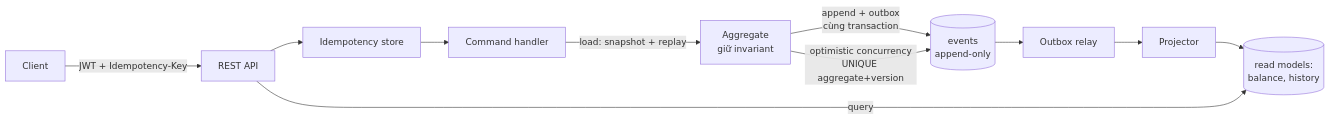
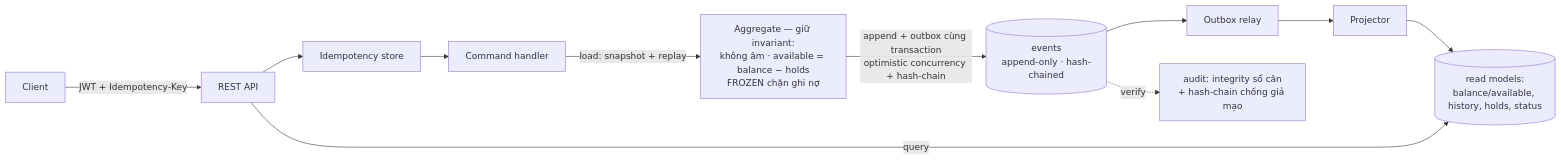
One commit to ToanTran0706003/ledger changed the first of 2 diagrams in README.md. Above: the diagram before and after it, drawn with Mermaid. The commit also changed other lines of this file, not shown here.

First line of the commit message:
docs(phase-10): refresh README to full current system + diagrams

````diff
--- a/README.md
+++ b/README.md
@@ -24,13 +27,13 @@
 ```mermaid
 flowchart LR
     C[Client] -->|JWT + Idempotency-Key| API[REST API]
     API --> IDEM[Idempotency store]
     IDEM --> H[Command handler]
-    H -->|load: snapshot + replay| AGG[Aggregate<br/>giữ invariant]
-    AGG -->|append + outbox<br/>cùng transaction| ES[(events<br/>append-only)]
-    AGG -->|optimistic concurrency<br/>UNIQUE aggregate+version| ES
+    H -->|"load: snapshot + replay"| AGG["Aggregate — giữ invariant:<br/>không âm · available = balance − holds<br/>FROZEN chặn ghi nợ"]
+    AGG -->|"append + outbox cùng transaction<br/>optimistic concurrency + hash-chain"| ES[("events<br/>append-only · hash-chained")]
     ES --> RELAY[Outbox relay]
     RELAY --> PROJ[Projector]
-    PROJ --> RM[(read models:<br/>balance, history)]
+    PROJ --> RM[("read models:<br/>balance/available, history, holds, status")]
     API -->|query| RM
+    ES -.->|verify| AUD["audit: integrity sổ cân<br/>+ hash-chain chống giả mạo"]
 ```
````
